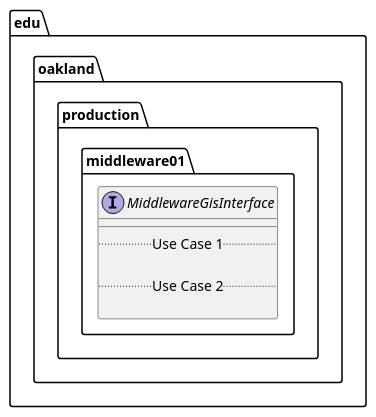
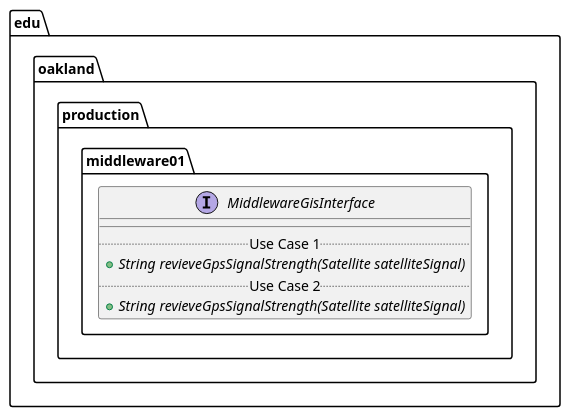
One commit to elilley15/csi-3370-software-project changed the diagram in docs/uml-class-diagrams/middleware01/production/MiddlewareGisInterface/MiddlewareGisInterface.puml. Above: the diagram before and after it, drawn with PlantUML. The commit also changed 6 other files, not shown here.

First line of the commit message:
[Middleware_01] Create public UML diagrams (#11)

```diff
--- a/docs/uml-class-diagrams/middleware01/production/MiddlewareGisInterface/MiddlewareGisInterface.puml
+++ b/docs/uml-class-diagrams/middleware01/production/MiddlewareGisInterface/MiddlewareGisInterface.puml
@@ -1,13 +1,13 @@
 @startuml MiddlewareGisInterface
 
 package edu.oakland.production.middleware01 {
     interface MiddlewareGisInterface {
         __
         .. Use Case 1 ..
-
+        {abstract} + String revieveGpsSignalStrength(Satellite satelliteSignal)
         .. Use Case 2 ..
-
+        {abstract} + String revieveGpsSignalStrength(Satellite satelliteSignal)
     }
 }
 
 @enduml
```
